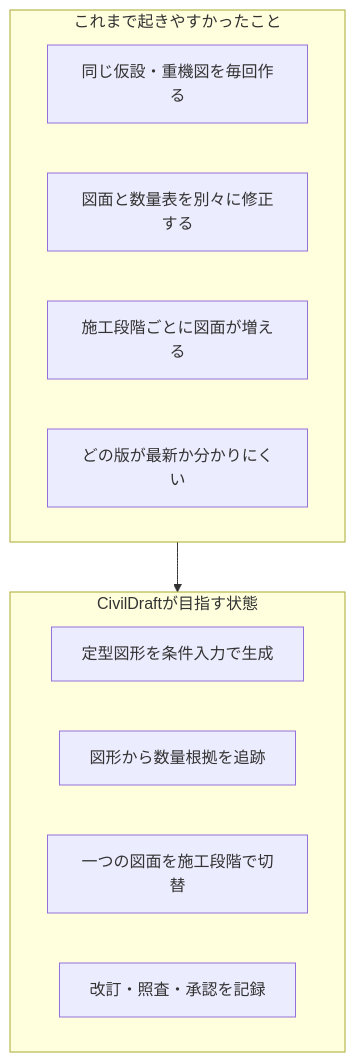
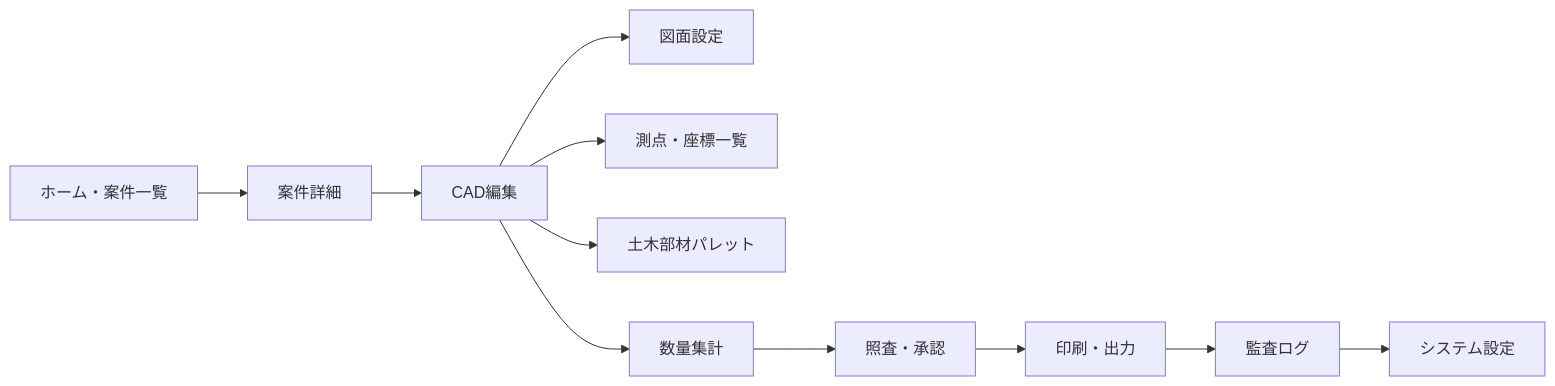
Before and after one commit to Kensan196948G/CivilDraft-Web-CAD: the first of 2 diagrams in README.md, drawn with Mermaid. The commit also changed other lines of this file and 54 other files, not shown here.

Commit message:
feat: complete CivilDraft release-ready UI and audit gates

````diff
--- a/README.md
+++ b/README.md
@@ -168,16 +23,13 @@
 ```mermaid
-flowchart TB
-    subgraph BEFORE["これまで起きやすかったこと"]
-      B1["同じ仮設・重機図を毎回作る"]
-      B2["図面と数量表を別々に修正する"]
-      B3["施工段階ごとに図面が増える"]
-      B4["どの版が最新か分かりにくい"]
-    end
-    subgraph AFTER["CivilDraftが目指す状態"]
-      A1["定型図形を条件入力で生成"]
-      A2["図形から数量根拠を追跡"]
-      A3["一つの図面を施工段階で切替"]
-      A4["改訂・照査・承認を記録"]
-    end
-    BEFORE --> AFTER
+flowchart LR
+  Home["ホーム・案件一覧"] --> Project["案件詳細"]
+  Project --> Editor["CAD編集"]
+  Editor --> Settings["図面設定"]
+  Editor --> Survey["測点・座標一覧"]
+  Editor --> Parts["土木部材パレット"]
+  Editor --> Quantity["数量集計"]
+  Quantity --> Review["照査・承認"]
+  Review --> Print["印刷・出力"]
+  Print --> Audit["監査ログ"]
+  Audit --> System["システム設定"]
 ```
````
